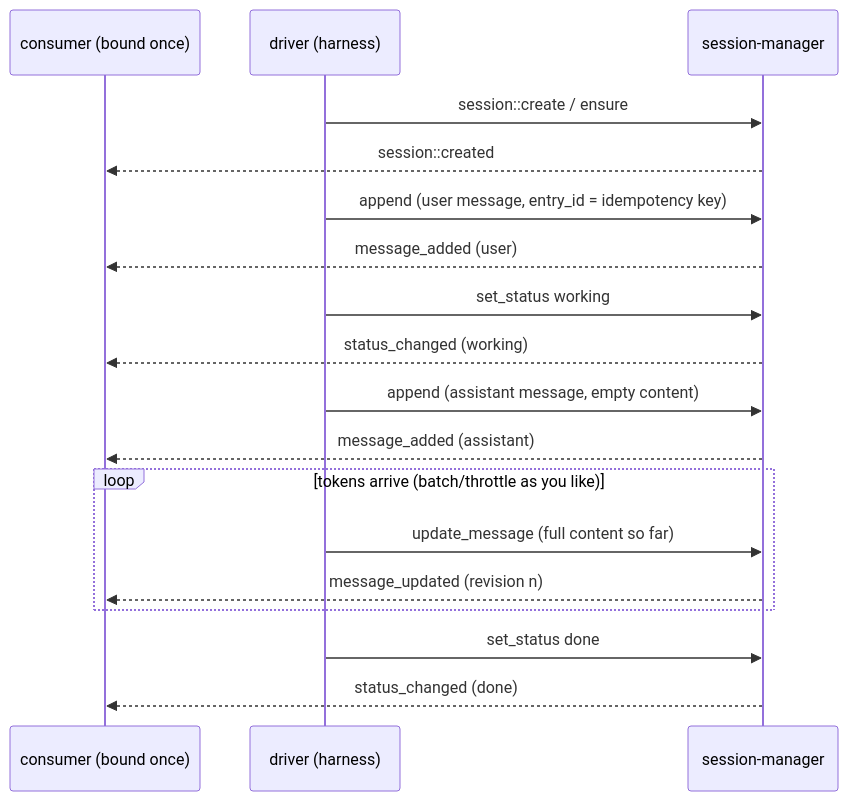
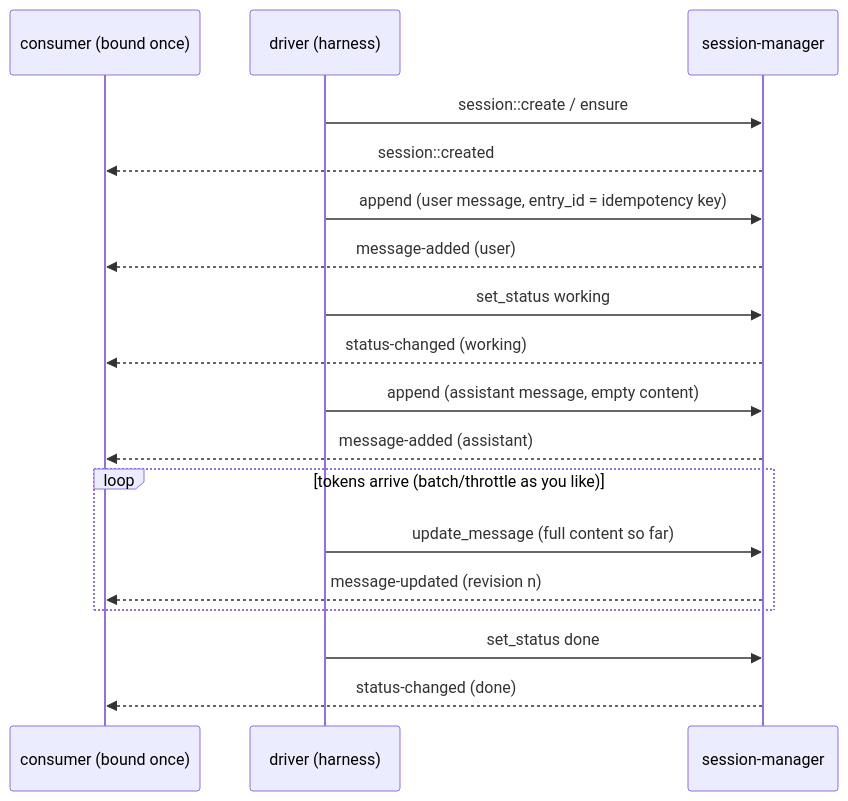
The first of 2 diagrams in session-manager/architecture/integration.md (iii-hq/workers), drawn with Mermaid before and after one commit. The commit also changed other lines of this file and 42 other files, not shown here.

````diff
--- a/session-manager/architecture/integration.md
+++ b/session-manager/architecture/integration.md
@@ -278,20 +278,20 @@
 ```mermaid
 sequenceDiagram
   participant UI as consumer (bound once)
   participant D as driver (harness)
   participant S as session-manager
   D->>S: session::create / ensure
   S-->>UI: session::created
   D->>S: append (user message, entry_id = idempotency key)
-  S-->>UI: message_added (user)
+  S-->>UI: message-added (user)
   D->>S: set_status working
-  S-->>UI: status_changed (working)
+  S-->>UI: status-changed (working)
   D->>S: append (assistant message, empty content)
-  S-->>UI: message_added (assistant)
+  S-->>UI: message-added (assistant)
   loop tokens arrive (batch/throttle as you like)
     D->>S: update_message (full content so far)
-    S-->>UI: message_updated (revision n)
+    S-->>UI: message-updated (revision n)
   end
   D->>S: set_status done
-  S-->>UI: status_changed (done)
+  S-->>UI: status-changed (done)
 ```
````
